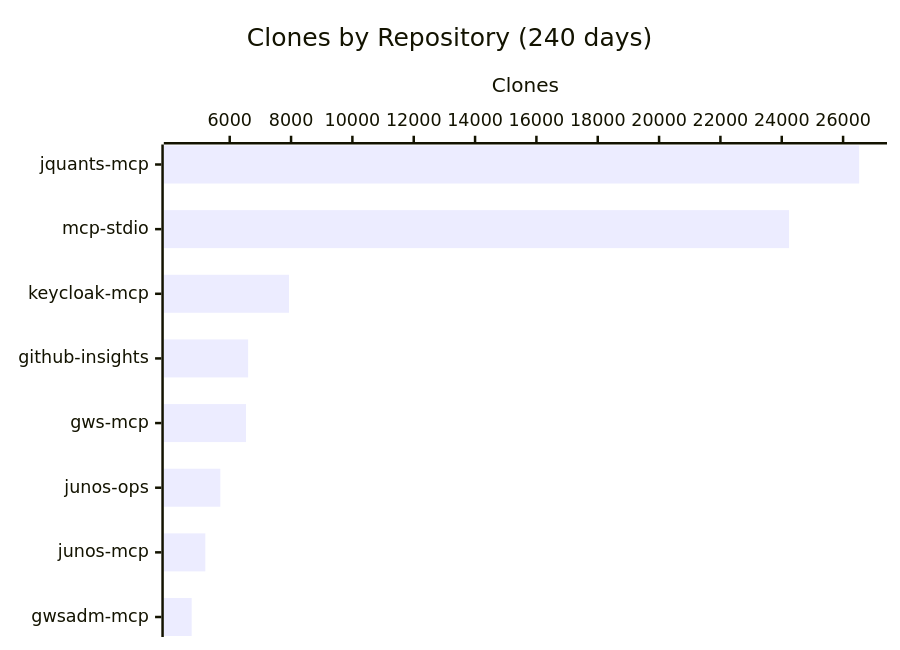
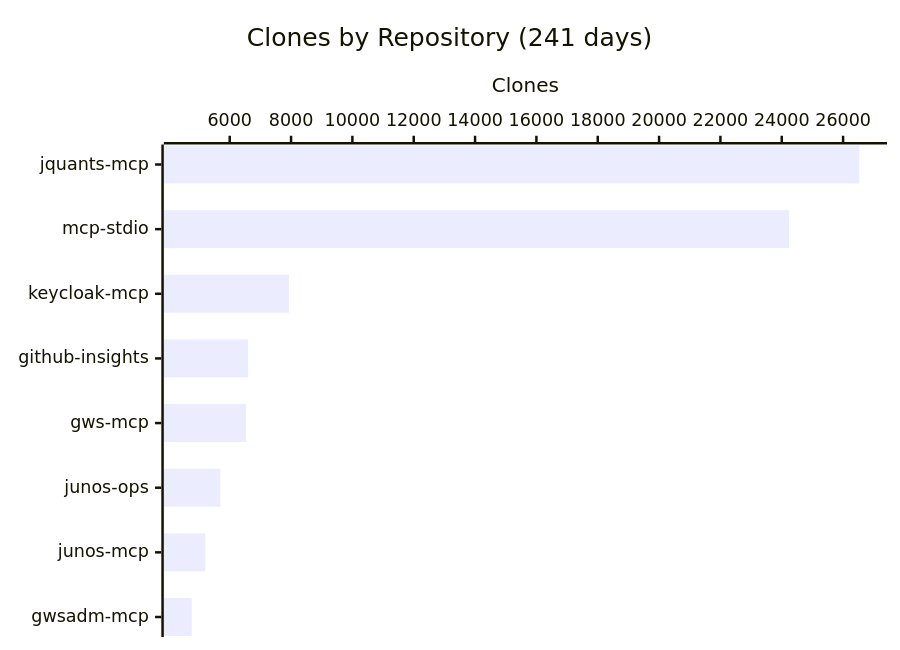
One commit to shigechika/github-insights changed the fourth of 4 diagrams in README.md. Above: the diagram before and after it, drawn with Mermaid. The commit also changed other lines of this file and 1 other file, not shown here.

````diff
--- a/README.md
+++ b/README.md
@@ -58,7 +58,7 @@
 ```mermaid
 xychart-beta horizontal
-    title "Clones by Repository (240 days)"
+    title "Clones by Repository (241 days)"
     x-axis ["jquants-mcp", "mcp-stdio", "keycloak-mcp", "github-insights", "gws-mcp", "junos-ops", "junos-mcp", "gwsadm-mcp"]
     y-axis "Clones"
     bar [26524, 24238, 7933, 6600, 6531, 5694, 5205, 4759]
 ```
````
